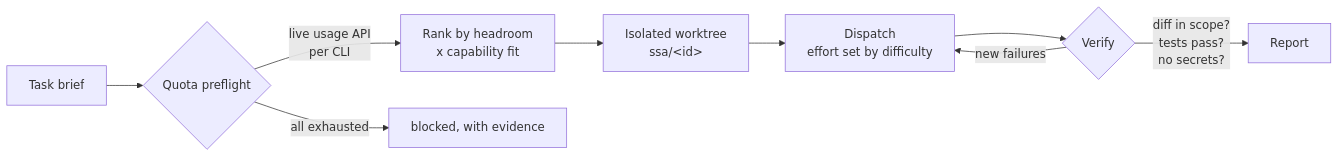
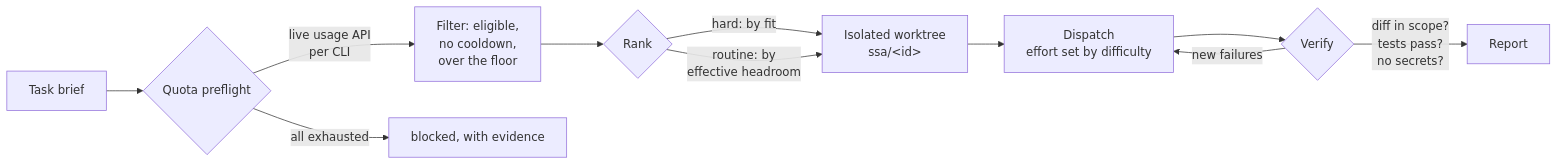
One commit to m-esm/smart-subagents changed the diagram in README.md. Above: the diagram before and after it, drawn with Mermaid. The commit also changed other lines of this file and 4 other files, not shown here.

````diff
--- a/README.md
+++ b/README.md
@@ -59,11 +67,13 @@
 ```mermaid
 flowchart LR
     A[Task brief] --> B{Quota preflight}
-    B -->|live usage API<br/>per CLI| C[Rank by headroom<br/>x capability fit]
-    C --> D[Isolated worktree<br/>ssa/&lt;id&gt;]
+    B -->|live usage API<br/>per CLI| C[Filter: eligible,<br/>no cooldown,<br/>over the floor]
+    C --> R{Rank}
+    R -->|hard: by fit| D[Isolated worktree<br/>ssa/&lt;id&gt;]
+    R -->|routine: by<br/>effective headroom| D
     D --> E[Dispatch<br/>effort set by difficulty]
     E --> F{Verify}
     F -->|diff in scope?<br/>tests pass?<br/>no secrets?| G[Report]
     F -->|new failures| E
     B -->|all exhausted| H[blocked, with evidence]
 ```
````
